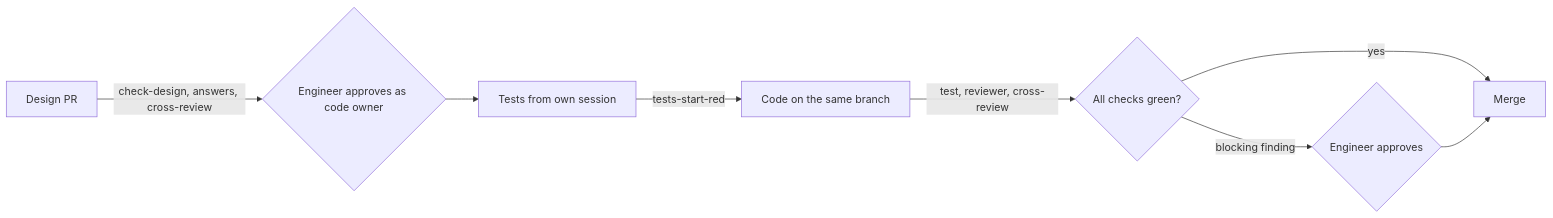
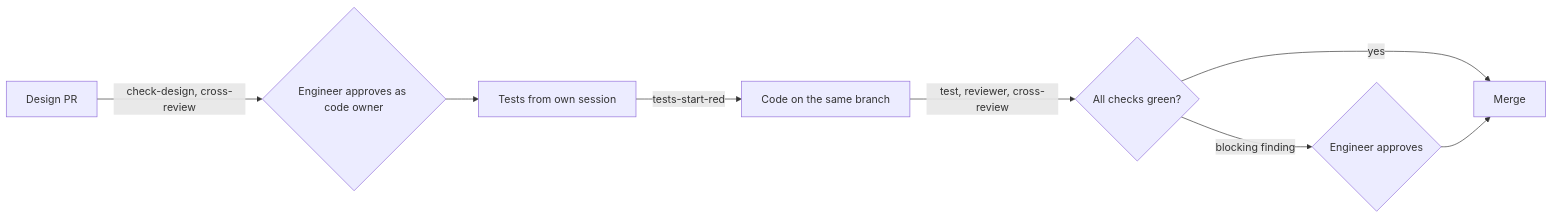
Before and after one commit to HannesT117/software-factory: the diagram in docs/increments/02-trust-core/design.md, drawn with Mermaid. The commit also changed other lines of this file, not shown here.

First line of the commit message:
Keep comprehension answers out of the repo (#36)

````diff
--- a/docs/increments/02-trust-core/design.md
+++ b/docs/increments/02-trust-core/design.md
@@ -29,10 +28,10 @@
 ```mermaid
 flowchart LR
-  A[Design PR] -->|check-design, answers, cross-review| B{Engineer approves as code owner}
+  A[Design PR] -->|check-design, cross-review| B{Engineer approves as code owner}
   B --> C[Tests from own session]
   C -->|tests-start-red| D[Code on the same branch]
   D -->|test, reviewer, cross-review| E{All checks green?}
   E -->|yes| F[Merge]
   E -->|blocking finding| G{Engineer approves}
   G --> F
 ```
````
